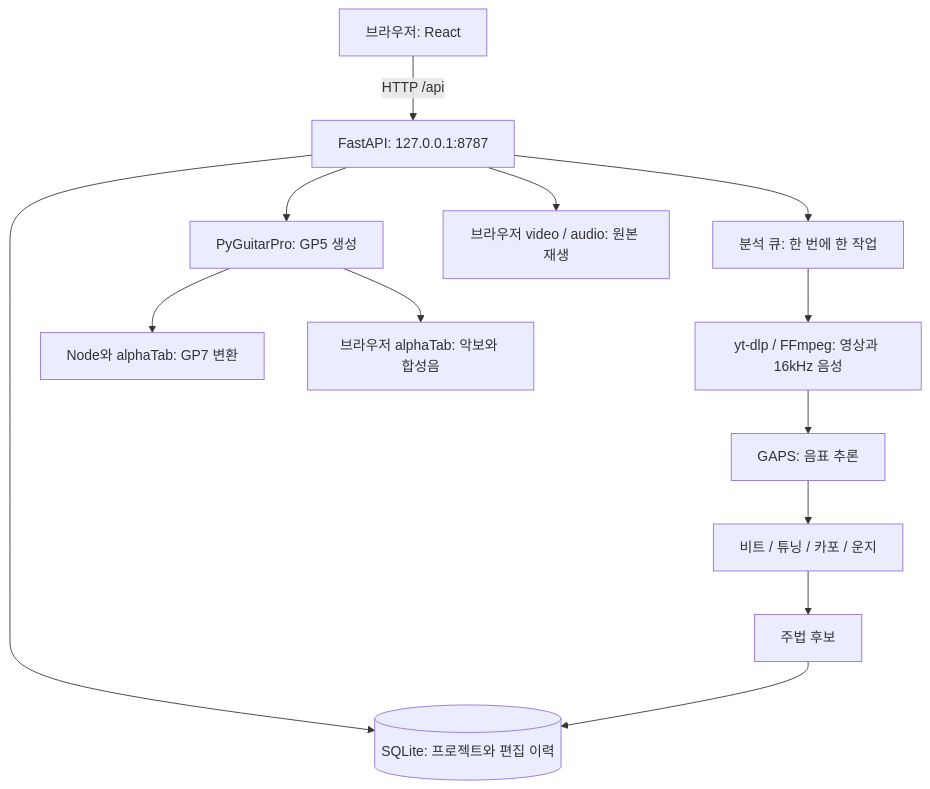
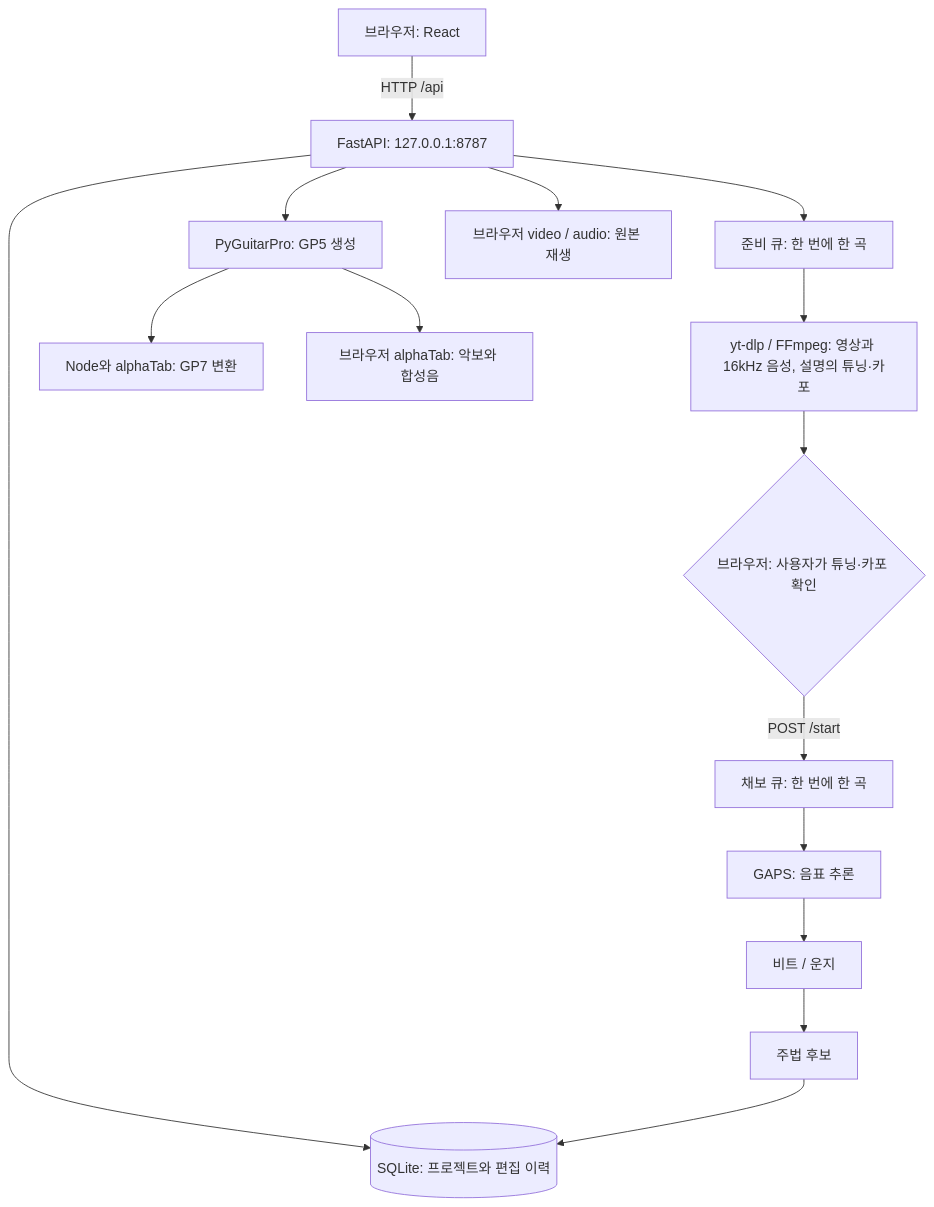
The first of 2 diagrams in docs/architecture.md (hyuunnn/TabSight), drawn with Mermaid before and after one commit. The commit also changed other lines of this file and 13 other files, not shown here.

````diff
--- a/docs/architecture.md
+++ b/docs/architecture.md
@@ -9,15 +9,17 @@
 ```mermaid
 flowchart TD
     U[브라우저: React] -->|HTTP /api| A[FastAPI: 127.0.0.1:8787]
     A --> D[(SQLite: 프로젝트와 편집 이력)]
-    A --> Q[분석 큐: 한 번에 한 작업]
-    Q --> M[yt-dlp / FFmpeg: 영상과 16kHz 음성]
-    M --> G[GAPS: 음표 추론]
-    G --> B[비트 / 튜닝 / 카포 / 운지]
+    A --> R[준비 큐: 한 번에 한 곡]
+    R --> M[yt-dlp / FFmpeg: 영상과 16kHz 음성, 설명의 튜닝·카포]
+    M --> C{브라우저: 사용자가 튜닝·카포 확인}
+    C -->|POST /start| Q[채보 큐: 한 번에 한 곡]
+    Q --> G[GAPS: 음표 추론]
+    G --> B[비트 / 운지]
     B --> F[주법 후보]
     F --> D
     A --> E[PyGuitarPro: GP5 생성]
     E --> N[Node와 alphaTab: GP7 변환]
     E --> S[브라우저 alphaTab: 악보와 합성음]
     A --> P[브라우저 video / audio: 원본 재생]
 ```
````
